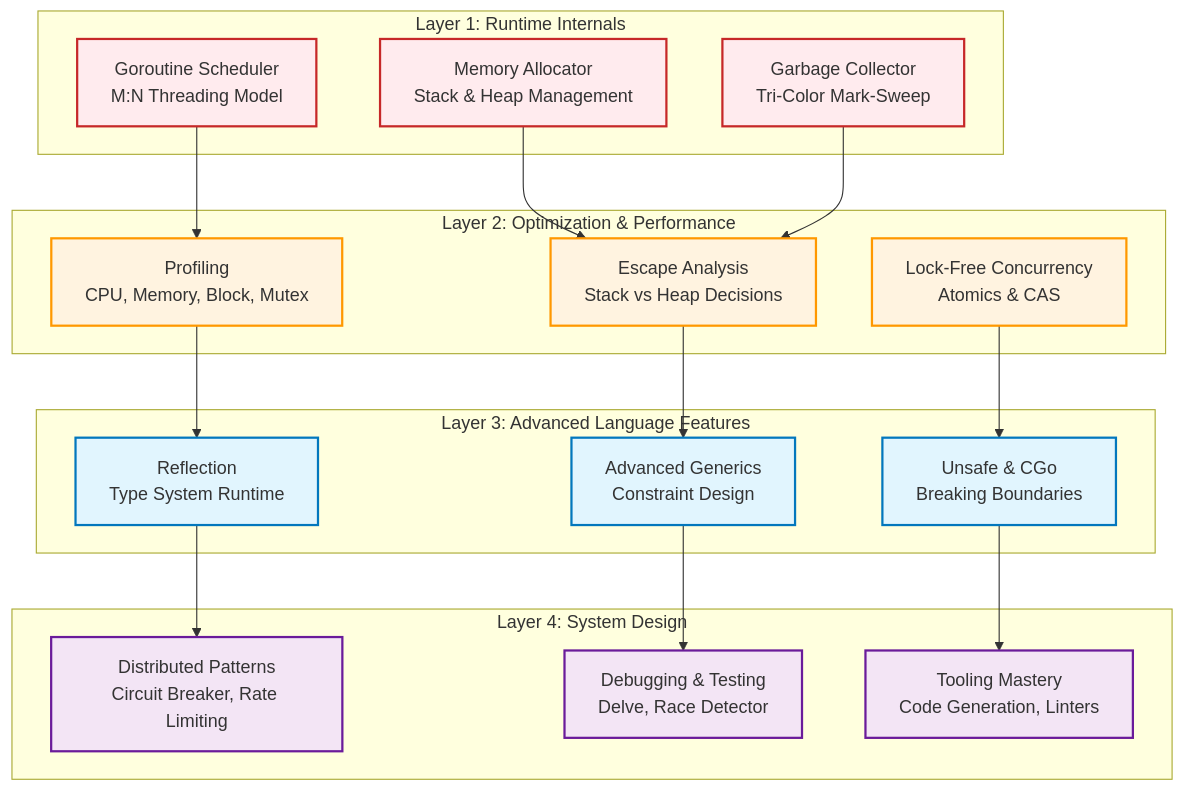
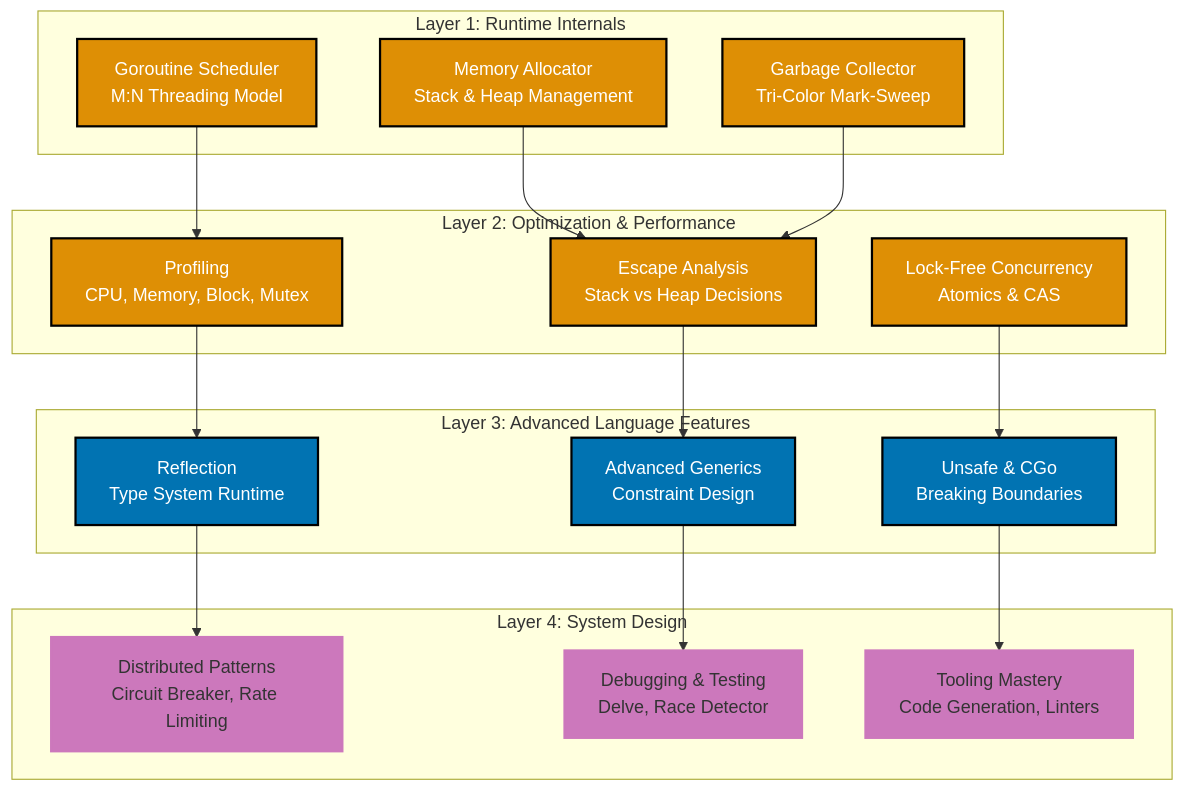
The first of 2 diagrams in docs/tutorials/software-engineering/programming-languages/golang/tu-soen-prla-gola__advanced.md (wahidyankf/open-sharia-enterprise), drawn with Mermaid before and after one commit. The commit also changed other lines of this file and 22 other files, not shown here.

First line of the commit message:
docs(diagrams): ensure all mermaid diagrams use color-blind friendly palette

````diff
--- a/docs/tutorials/software-engineering/programming-languages/golang/tu-soen-prla-gola__advanced.md
+++ b/docs/tutorials/software-engineering/programming-languages/golang/tu-soen-prla-gola__advanced.md
@@ -40,51 +43,51 @@
 ```mermaid
 graph TB
     subgraph "Layer 1: Runtime Internals"
         A1[Goroutine Scheduler<br/>M:N Threading Model]
         A2[Memory Allocator<br/>Stack & Heap Management]
         A3[Garbage Collector<br/>Tri-Color Mark-Sweep]
     end
 
     subgraph "Layer 2: Optimization & Performance"
         B1[Profiling<br/>CPU, Memory, Block, Mutex]
         B2[Escape Analysis<br/>Stack vs Heap Decisions]
         B3[Lock-Free Concurrency<br/>Atomics & CAS]
     end
 
     subgraph "Layer 3: Advanced Language Features"
         C1[Reflection<br/>Type System Runtime]
         C2[Advanced Generics<br/>Constraint Design]
         C3[Unsafe & CGo<br/>Breaking Boundaries]
     end
 
     subgraph "Layer 4: System Design"
         D1[Distributed Patterns<br/>Circuit Breaker, Rate Limiting]
         D2[Debugging & Testing<br/>Delve, Race Detector]
         D3[Tooling Mastery<br/>Code Generation, Linters]
     end
 
     A1 --> B1
     A2 --> B2
     A3 --> B2
 
     B1 --> C1
     B2 --> C2
     B3 --> C3
 
     C1 --> D1
     C2 --> D2
     C3 --> D3
 
-    style A1 fill:#FFEBEE,stroke:#C62828,stroke-width:2px
-    style A2 fill:#FFEBEE,stroke:#C62828,stroke-width:2px
-    style A3 fill:#FFEBEE,stroke:#C62828,stroke-width:2px
-    style B1 fill:#FFF3E0,stroke:#FF9800,stroke-width:2px
-    style B2 fill:#FFF3E0,stroke:#FF9800,stroke-width:2px
-    style B3 fill:#FFF3E0,stroke:#FF9800,stroke-width:2px
-    style C1 fill:#E1F5FE,stroke:#0277BD,stroke-width:2px
-    style C2 fill:#E1F5FE,stroke:#0277BD,stroke-width:2px
-    style C3 fill:#E1F5FE,stroke:#0277BD,stroke-width:2px
-    style D1 fill:#F3E5F5,stroke:#6A1B9A,stroke-width:2px
-    style D2 fill:#F3E5F5,stroke:#6A1B9A,stroke-width:2px
-    style D3 fill:#F3E5F5,stroke:#6A1B9A,stroke-width:2px
+    style A1 fill:#DE8F05,stroke:#000000,color:#FFFFFF,stroke-width:2px
+    style A2 fill:#DE8F05,stroke:#000000,color:#FFFFFF,stroke-width:2px
+    style A3 fill:#DE8F05,stroke:#000000,color:#FFFFFF,stroke-width:2px
+    style B1 fill:#DE8F05,stroke:#000000,color:#FFFFFF,stroke-width:2px
+    style B2 fill:#DE8F05,stroke:#000000,color:#FFFFFF,stroke-width:2px
+    style B3 fill:#DE8F05,stroke:#000000,color:#FFFFFF,stroke-width:2px
+    style C1 fill:#0173B2,stroke:#000000,color:#FFFFFF,stroke-width:2px
+    style C2 fill:#0173B2,stroke:#000000,color:#FFFFFF,stroke-width:2px
+    style C3 fill:#0173B2,stroke:#000000,color:#FFFFFF,stroke-width:2px
+    style D1 fill:#CC78BC,stroke:#CC78BC,stroke-width:2px
+    style D2 fill:#CC78BC,stroke:#CC78BC,stroke-width:2px
+    style D3 fill:#CC78BC,stroke:#CC78BC,stroke-width:2px
 ```
````
